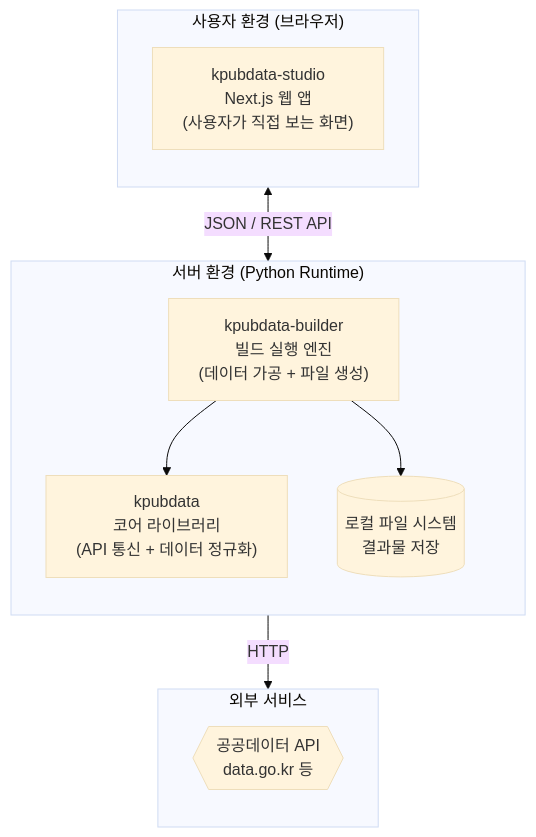
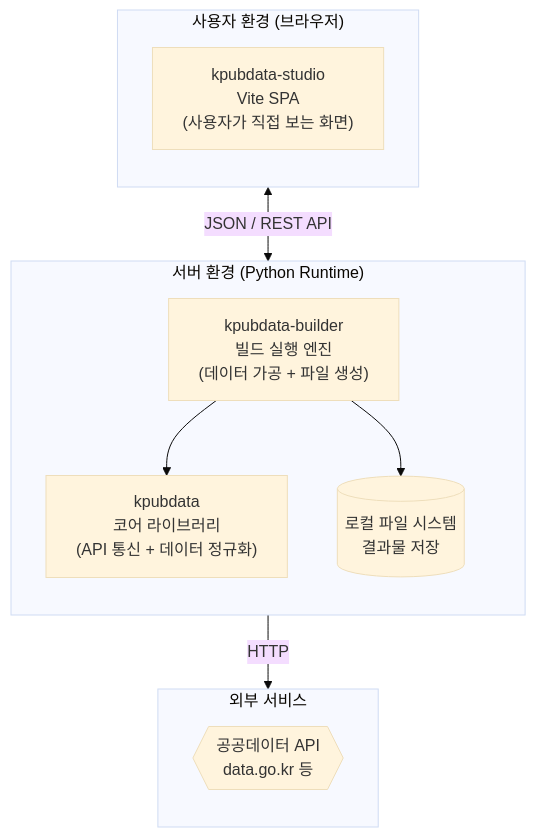
The fourth of 5 diagrams in docs/product-family-architecture.md (yeongseon/kpubdata), drawn with Mermaid (base theme) before and after one commit. The commit also changed other lines of this file, not shown here.

First line of the commit message:
docs: update product-family architecture for Vite+React Router stack

````diff
--- a/docs/product-family-architecture.md
+++ b/docs/product-family-architecture.md
@@ -197,24 +197,24 @@
 ```mermaid
 graph TD
     subgraph "사용자 환경 (브라우저)"
         direction TB
-        StudioUI["kpubdata-studio<br/>Next.js 웹 앱<br/>(사용자가 직접 보는 화면)"]
+        StudioUI["kpubdata-studio<br/>Vite SPA<br/>(사용자가 직접 보는 화면)"]
     end
 
     subgraph "서버 환경 (Python Runtime)"
         direction TB
         BuilderSvc["kpubdata-builder<br/>빌드 실행 엔진<br/>(데이터 가공 + 파일 생성)"]
         CoreLib["kpubdata<br/>코어 라이브러리<br/>(API 통신 + 데이터 정규화)"]
         FS[(로컬 파일 시스템<br/>결과물 저장)]
     end
 
     subgraph "외부 서비스"
         direction TB
         GovAPI{{공공데이터 API<br/>data.go.kr 등}}
     end
 
     StudioUI <-->|"JSON / REST API"| BuilderSvc
     BuilderSvc --> CoreLib
     BuilderSvc --> FS
     CoreLib -->|"HTTP"| GovAPI
 ```
````
